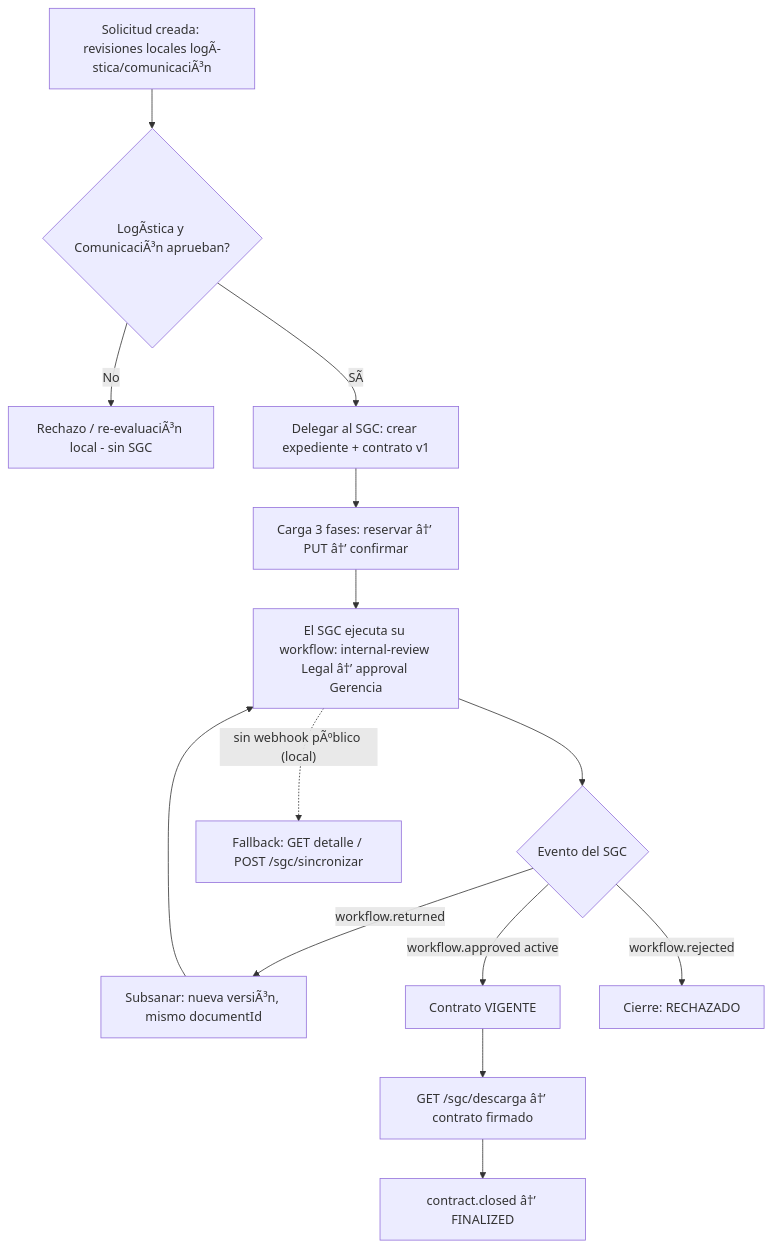
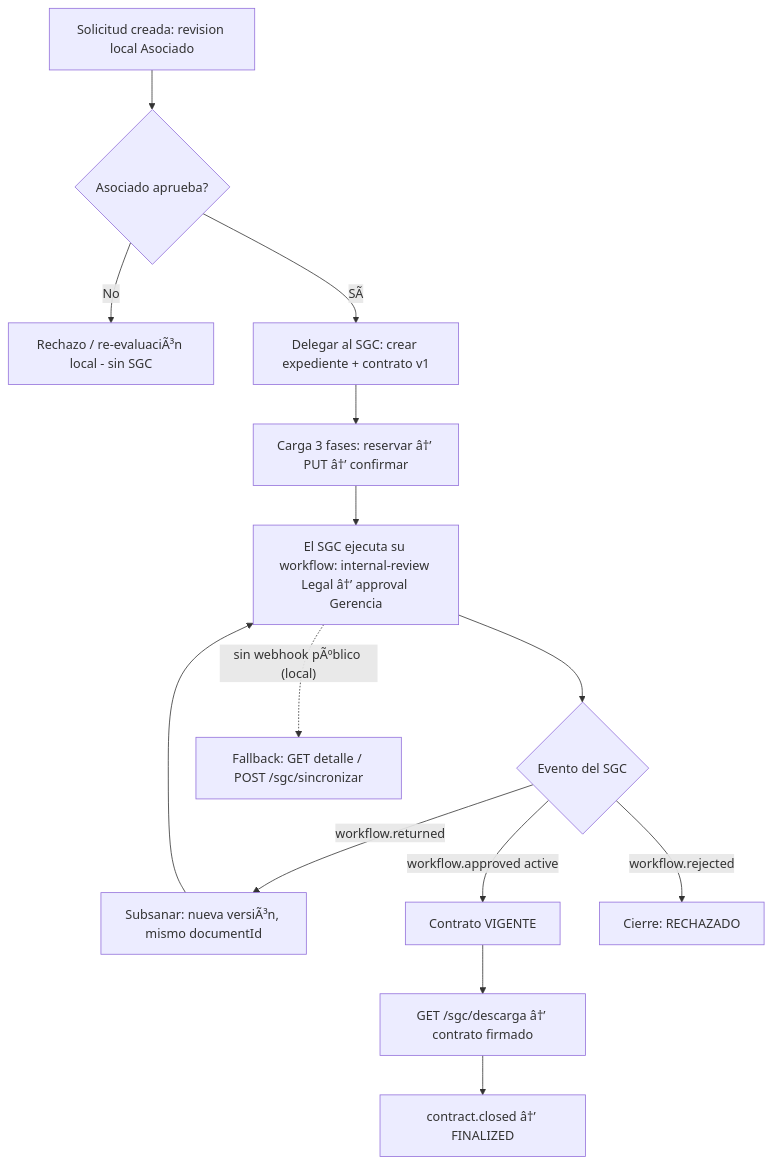
The second of 2 diagrams in docs/05-integraciones/integracion-sgc.md (edsonHuamaniIimp/ecommerce), drawn with Mermaid before and after one commit. The commit also changed other lines of this file and 147 other files, not shown here.

````diff
--- a/docs/05-integraciones/integracion-sgc.md
+++ b/docs/05-integraciones/integracion-sgc.md
@@ -508,16 +505,16 @@
 ```mermaid
 flowchart TD
-    A[Solicitud creada: revisiones locales logÃ­stica/comunicaciÃ³n] --> B{LogÃ­stica y ComunicaciÃ³n aprueban?}
+    A[Solicitud creada: revision local Asociado] --> B{Asociado aprueba?}
     B -- No --> B1[Rechazo / re-evaluaciÃ³n local - sin SGC]
     B -- SÃ­ --> C[Delegar al SGC: crear expediente + contrato v1]
     C --> D[Carga 3 fases: reservar â†’ PUT â†’ confirmar]
     D --> E[El SGC ejecuta su workflow: internal-review Legal â†’ approval Gerencia]
     E --> F{Evento del SGC}
     F -- workflow.returned --> G[Subsanar: nueva versiÃ³n, mismo documentId]
     G --> E
     F -- workflow.approved active --> H[Contrato VIGENTE]
     F -- workflow.rejected --> I[Cierre: RECHAZADO]
     H --> J[GET /sgc/descarga â†’ contrato firmado]
     J --> K[contract.closed â†’ FINALIZED]
     E -. sin webhook pÃºblico (local) .-> P[Fallback: GET detalle / POST /sgc/sincronizar]
 ```
````
